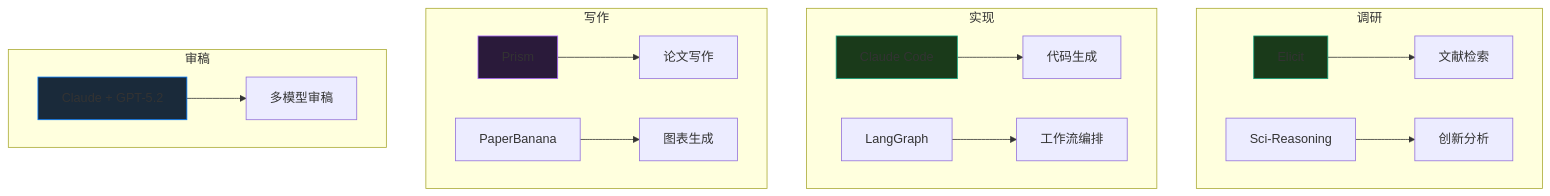
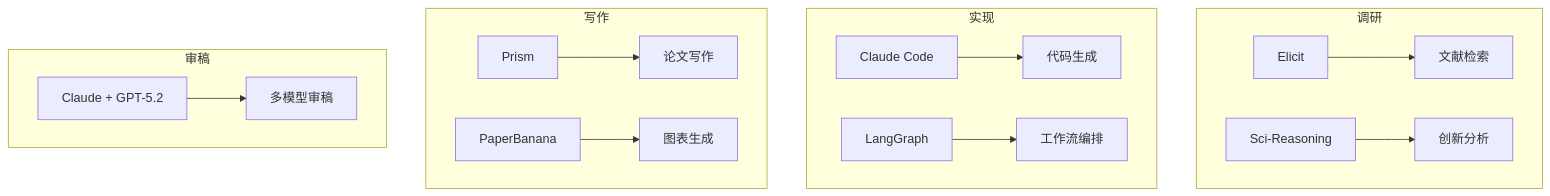
Before and after one commit to yiweinanzi/ai-research-ebook: the diagram in src/content/docs/tools/overview.mdx, drawn with Mermaid. The commit also changed other lines of this file and 8 other files, not shown here.

First line of the commit message:
feat: enhance homepage and diagram scripts

````diff
--- a/src/content/docs/tools/overview.mdx
+++ b/src/content/docs/tools/overview.mdx
@@ -12,26 +12,22 @@
 ```mermaid
 flowchart TD
     subgraph 调研
         A[Elicit] --> B[文献检索]
         C[Sci-Reasoning] --> D[创新分析]
     end
 
     subgraph 实现
         E[Claude Code] --> F[代码生成]
         G[LangGraph] --> H[工作流编排]
     end
 
     subgraph 写作
         I[Prism] --> J[论文写作]
         K[PaperBanana] --> L[图表生成]
     end
 
     subgraph 审稿
         M[Claude + GPT-5.2] --> N[多模型审稿]
     end
 
-    style A fill:#1a3a1a,stroke:#10a37f
-    style E fill:#1a3a1a,stroke:#10a37f
-    style I fill:#2a1a3a,stroke:#ab68ff
-    style M fill:#1a2a3a,stroke:#007aff
 ```
````
